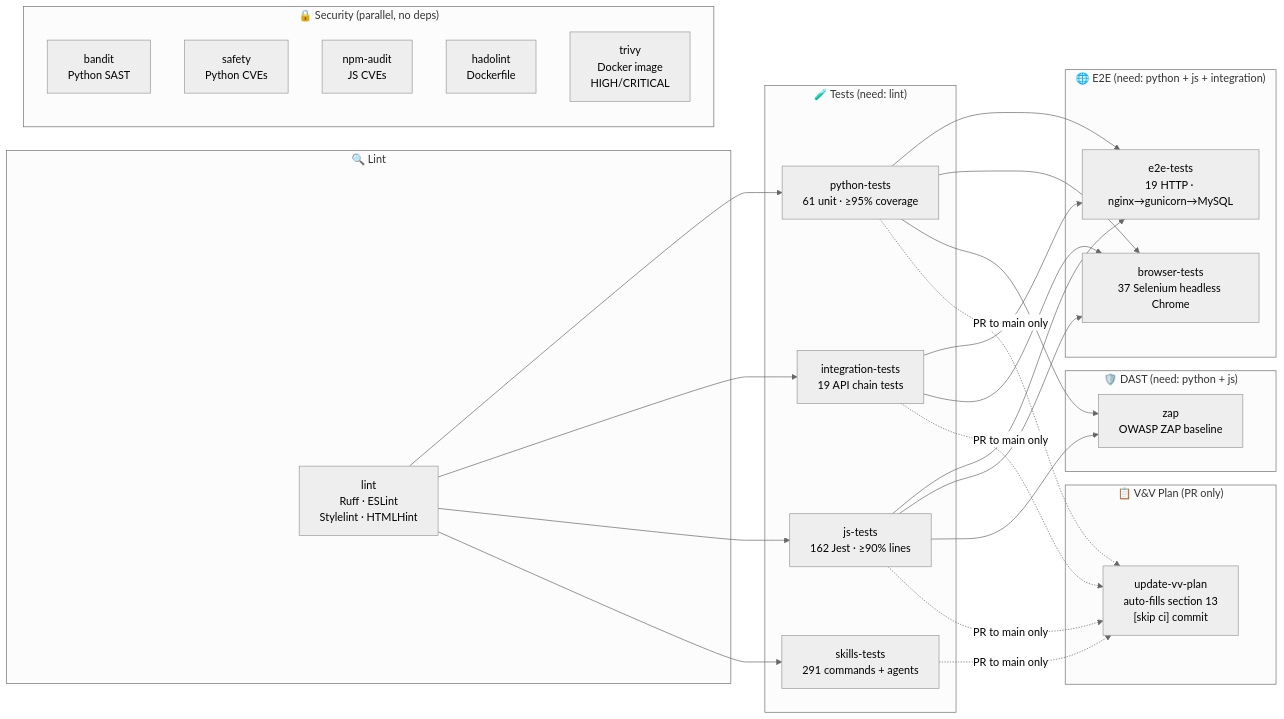
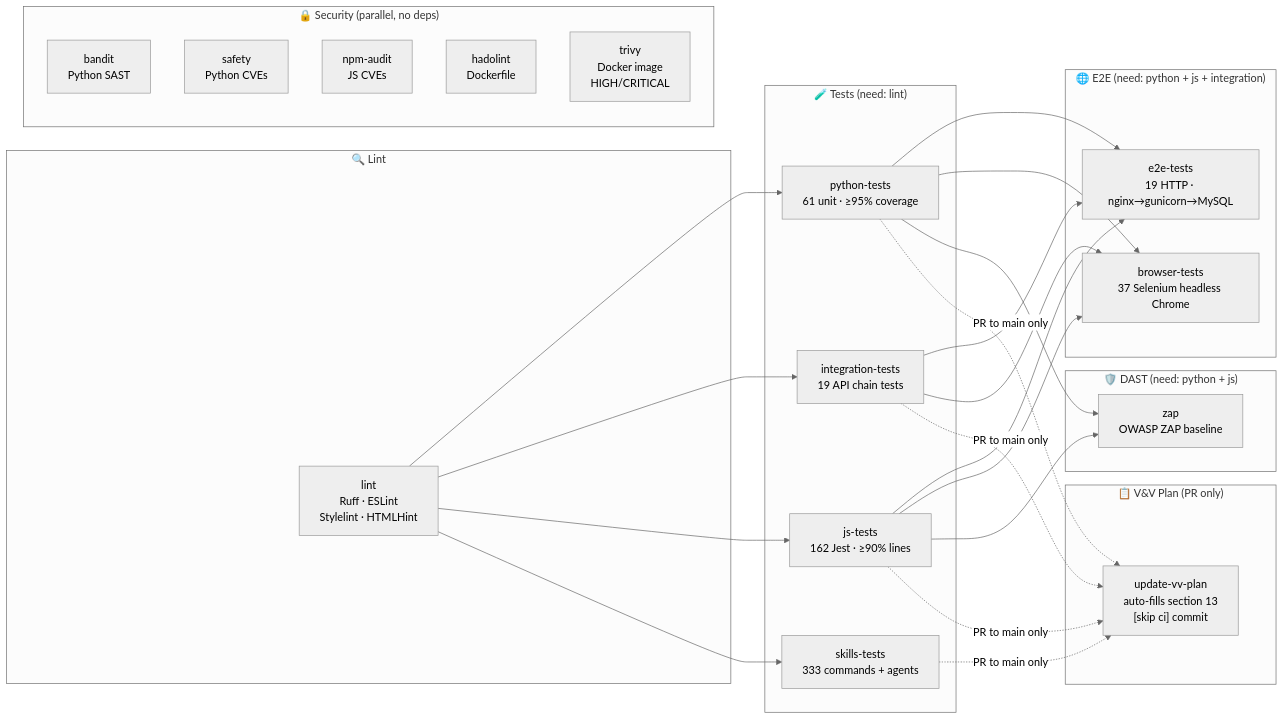
The fifth of 6 diagrams in README.md (mgmarques/radiocalico), drawn with Mermaid (neutral theme) before and after one commit. The commit also changed other lines of this file and 23 other files, not shown here.

````diff
--- a/README.md
+++ b/README.md
@@ -515,51 +515,51 @@
 ```mermaid
 graph LR
     subgraph Lint["🔍 Lint"]
         lint["lint\nRuff · ESLint\nStylelint · HTMLHint"]
     end
 
     subgraph Tests["🧪 Tests (need: lint)"]
         python["python-tests\n61 unit · ≥95% coverage"]
         integration["integration-tests\n19 API chain tests"]
         js["js-tests\n162 Jest · ≥90% lines"]
-        skills["skills-tests\n291 commands + agents"]
+        skills["skills-tests\n333 commands + agents"]
     end
 
     subgraph E2E["🌐 E2E (need: python + js + integration)"]
         e2e["e2e-tests\n19 HTTP · nginx→gunicorn→MySQL"]
         browser["browser-tests\n37 Selenium headless Chrome"]
     end
 
     subgraph DAST["🛡️ DAST (need: python + js)"]
         zap["zap\nOWASP ZAP baseline"]
     end
 
     subgraph Security["🔒 Security (parallel, no deps)"]
         bandit["bandit\nPython SAST"]
         safety["safety\nPython CVEs"]
         npm_audit["npm-audit\nJS CVEs"]
         hadolint["hadolint\nDockerfile"]
         trivy["trivy\nDocker image\nHIGH/CRITICAL"]
     end
 
     subgraph VVPlan["📋 V&V Plan (PR only)"]
         vv["update-vv-plan\nauto-fills section 13\n[skip ci] commit"]
     end
 
     lint --> python
     lint --> integration
     lint --> js
     lint --> skills
     python --> e2e
     js --> e2e
     integration --> e2e
     python --> browser
     js --> browser
     integration --> browser
     python --> zap
     js --> zap
     python -.->|"PR to main only"| vv
     js -.->|"PR to main only"| vv
     integration -.->|"PR to main only"| vv
     skills -.->|"PR to main only"| vv
 ```
````
